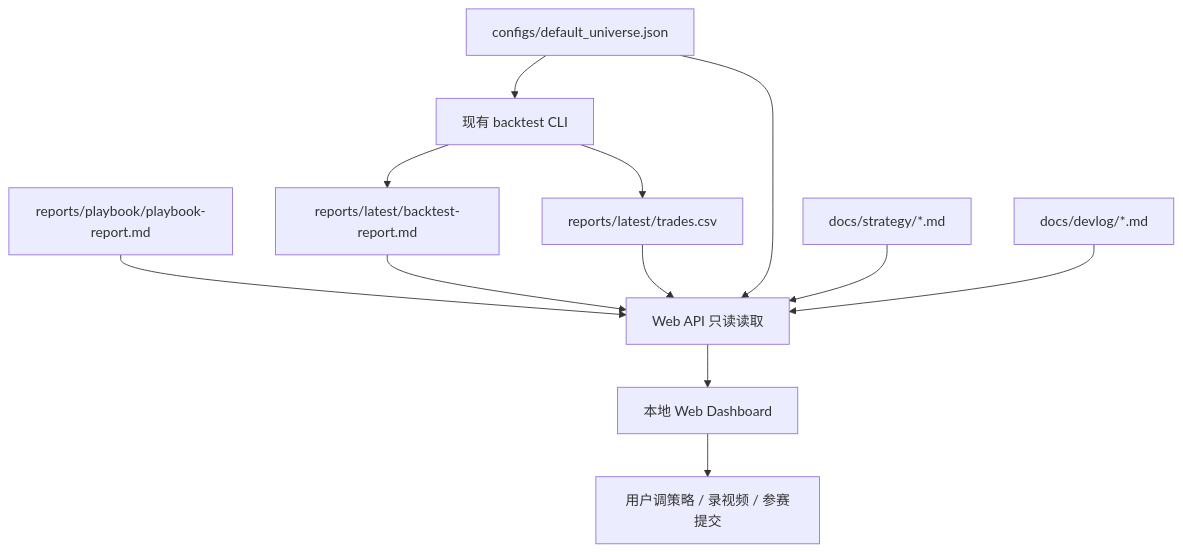
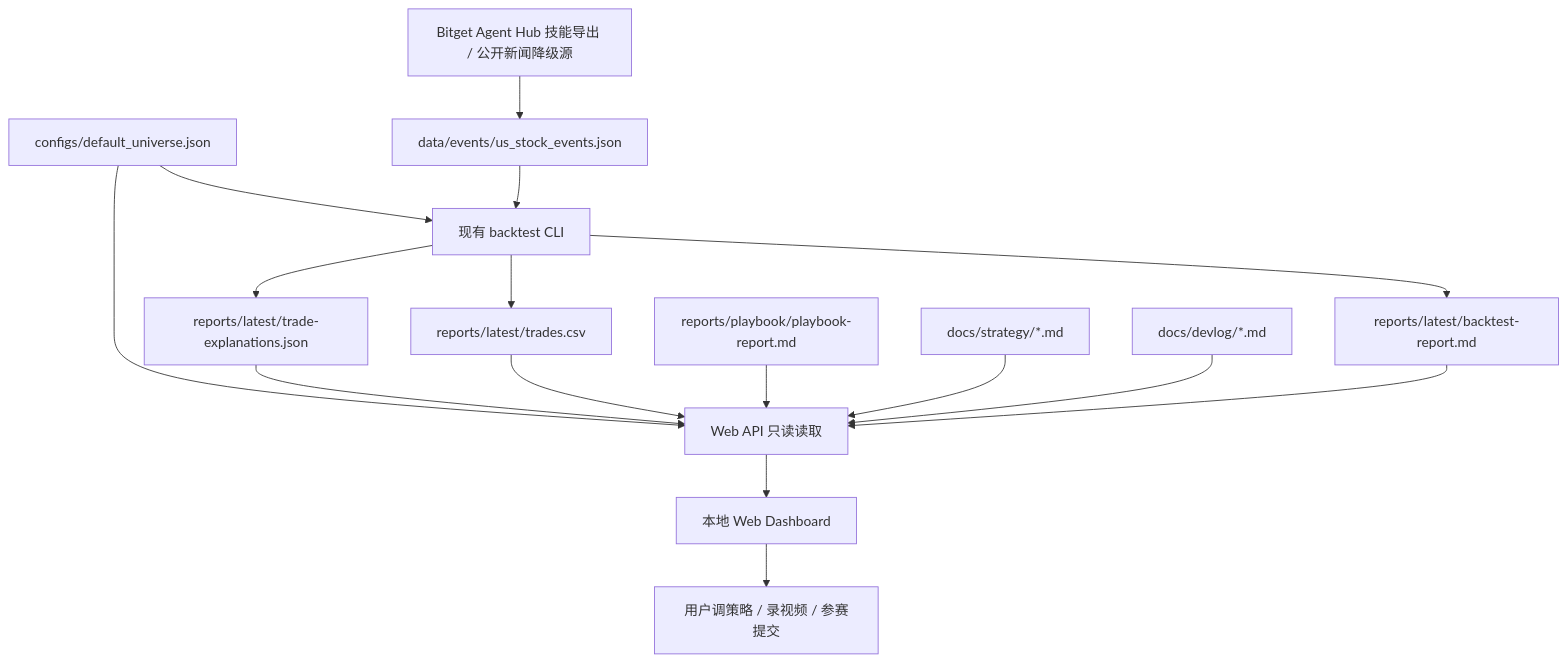
The diagram in docs/requirements/2026-06-10-bitget-web-demo-showcase.md (ada0211aaa/bitget-ai), drawn with Mermaid before and after one commit. The commit also changed other lines of this file and 67 other files, not shown here.

````diff
--- a/docs/requirements/2026-06-10-bitget-web-demo-showcase.md
+++ b/docs/requirements/2026-06-10-bitget-web-demo-showcase.md
@@ -313,14 +319,18 @@
 ```mermaid
 flowchart TD
     A["configs/default_universe.json"] --> B["现有 backtest CLI"]
+    K["Bitget Agent Hub 技能导出 / 公开新闻降级源"] --> L["data/events/us_stock_events.json"]
+    L --> B
     B --> C["reports/latest/backtest-report.md"]
     B --> D["reports/latest/trades.csv"]
+    B --> M["reports/latest/trade-explanations.json"]
     E["reports/playbook/playbook-report.md"] --> H["Web API 只读读取"]
     C --> H
     D --> H
+    M --> H
     A --> H
     F["docs/strategy/*.md"] --> H
     G["docs/devlog/*.md"] --> H
     H --> I["本地 Web Dashboard"]
     I --> J["用户调策略 / 录视频 / 参赛提交"]
 ```
````
